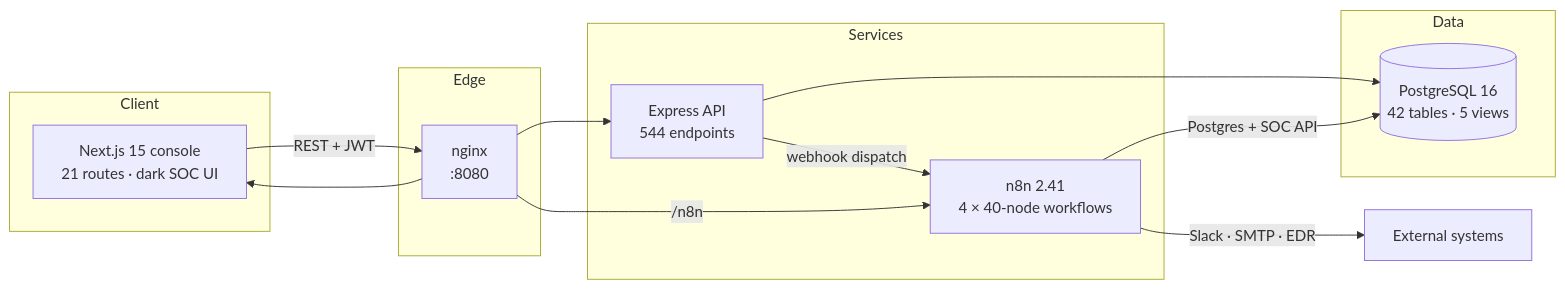
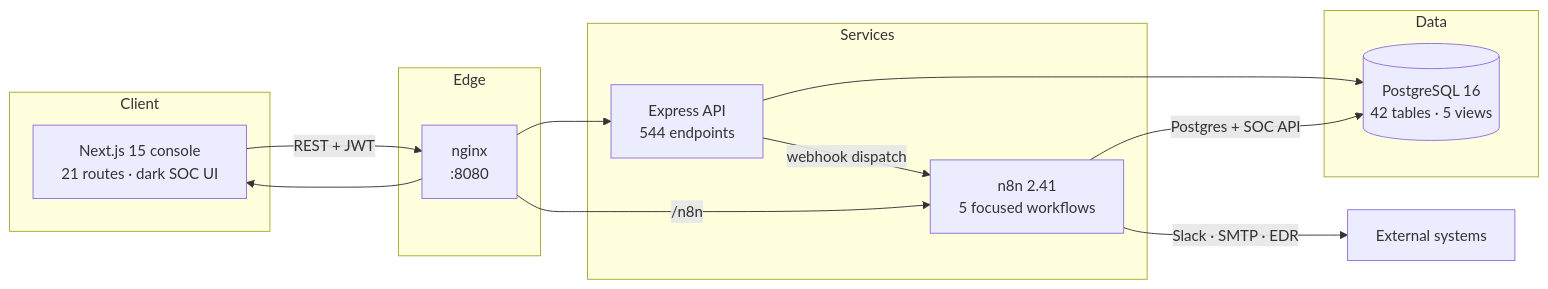
The diagram in README.md (Chamm286/MedicareGuard), drawn with Mermaid before and after one commit. The commit also changed other lines of this file and 24 other files, not shown here.

First line of the commit message:
docs: describe the five-flow suite and phone alerts (#18)

````diff
--- a/README.md
+++ b/README.md
@@ -57,28 +57,28 @@
 ```mermaid
 flowchart LR
   subgraph Client
     B["Next.js 15 console<br/>21 routes · dark SOC UI"]
   end
 
   subgraph Edge
     N["nginx<br/>:8080"]
   end
 
   subgraph Services
     A["Express API<br/>544 endpoints"]
-    W["n8n 2.41<br/>4 × 40-node workflows"]
+    W["n8n 2.41<br/>5 focused workflows"]
   end
 
   subgraph Data
     P[("PostgreSQL 16<br/>42 tables · 5 views")]
   end
 
   B -->|REST + JWT| N
   N --> A
   N --> B
   N -->|/n8n| W
   A --> P
   W -->|Postgres + SOC API| P
   W -->|Slack · SMTP · EDR| X["External systems"]
   A -->|webhook dispatch| W
 ```
````
